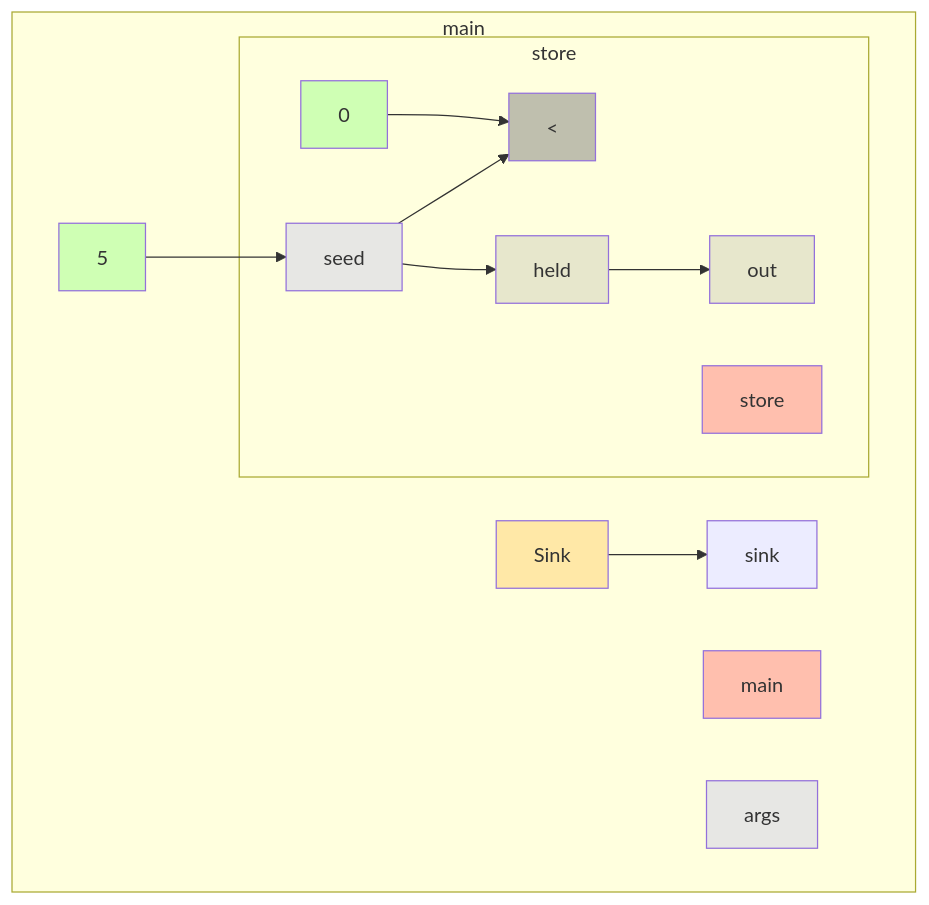
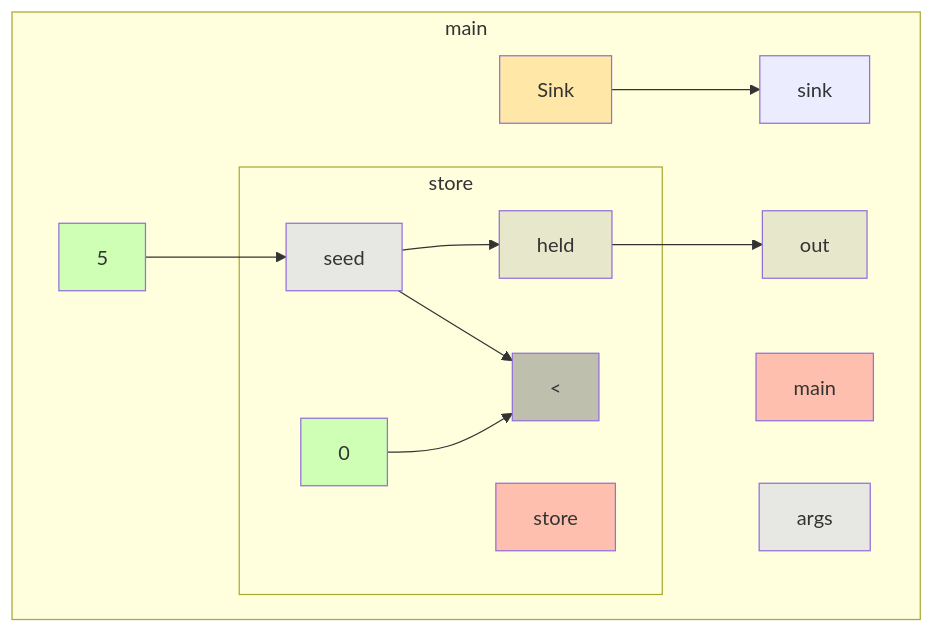
The diagram in app/src/test/resources/voidReturn/truth.md (gstiebler/codeflow), drawn with Mermaid before and after one commit. The commit also changed 34 other files, not shown here.

````diff
--- a/app/src/test/resources/voidReturn/truth.md
+++ b/app/src/test/resources/voidReturn/truth.md
@@ -1,31 +1,31 @@
 ```mermaid
 flowchart TD
   subgraph b0["main"]
     n1[main]:::RETURN
     n2[args]:::FUNC_PARAM
     n3[Sink]:::EXTERNAL
     n4[sink]:::OBJ_VARIABLE
     n5[5]:::LITERAL
     n12[out]:::VARIABLE
     n3[Sink]:::EXTERNAL --> n4[sink]:::OBJ_VARIABLE
     n5[5]:::LITERAL --> n8[seed]:::FUNC_PARAM
+    n11[held]:::VARIABLE --> n12[out]:::VARIABLE
     subgraph b6["store"]
       n7[store]:::RETURN
       n8[seed]:::FUNC_PARAM
       n9[0]:::LITERAL
       n10[<]:::BIN_OP
       n11[held]:::VARIABLE
       n8[seed]:::FUNC_PARAM --> n10[<]:::BIN_OP
       n8[seed]:::FUNC_PARAM --> n11[held]:::VARIABLE
       n9[0]:::LITERAL --> n10[<]:::BIN_OP
-      n11[held]:::VARIABLE --> n12[out]:::VARIABLE
     end
   end
   classDef LITERAL fill:#00FF0030
   classDef VARIABLE fill:#80808030
   classDef BIN_OP fill:#80808080
   classDef FUNC_PARAM fill:#8080FF30
   classDef RETURN fill:#FF808080
   classDef EXTERNAL fill:#FFA50040
   classDef UNMODELLED fill:#FF000030,stroke-dasharray: 4 2
 ```
````
